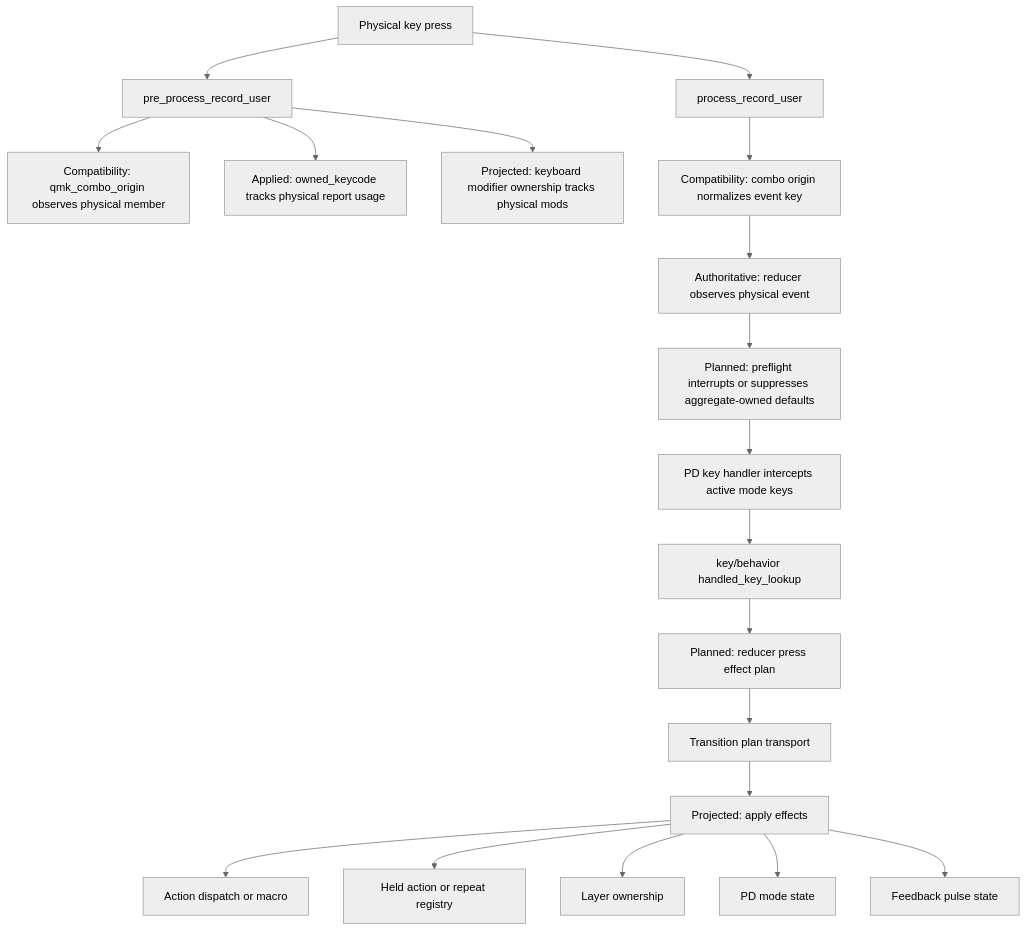
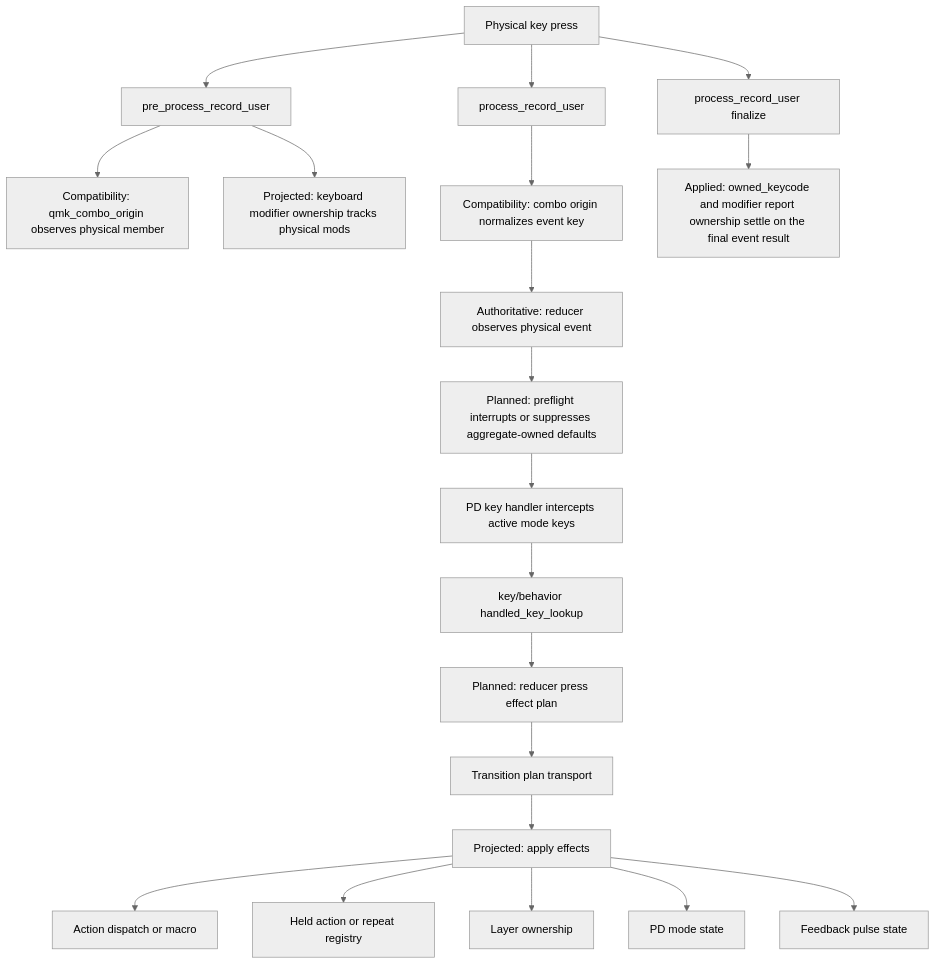
Before and after one commit to NoahCLR/charybdis-4x6: the second of 10 diagrams in docs/architecture/runtime-flow.md, drawn with Mermaid (neutral theme). The commit also changed other lines of this file and 38 other files, not shown here.

First line of the commit message:
Settle report ownership and publish split state coherently

````diff
--- a/docs/architecture/runtime-flow.md
+++ b/docs/architecture/runtime-flow.md
@@ -34,21 +34,22 @@
 ```mermaid
 flowchart TD
     physical["Physical key press"] --> pre_user["pre_process_record_user"]
     pre_user --> origin["Compatibility: qmk_combo_origin observes physical member"]
-    pre_user --> key_track["Applied: owned_keycode tracks physical report usage"]
     pre_user --> mod_track["Projected: keyboard modifier ownership tracks physical mods"]
     physical --> process_user["process_record_user"]
     process_user --> normalize["Compatibility: combo origin normalizes event key"]
     normalize --> observe["Authoritative: reducer observes physical event"]
     observe --> preflight["Planned: preflight interrupts or suppresses aggregate-owned defaults"]
     preflight --> pd_handler["PD key handler intercepts active mode keys"]
     pd_handler --> lookup["key/behavior handled_key_lookup"]
     lookup --> press_plan["Planned: reducer press effect plan"]
     press_plan --> transition["Transition plan transport"]
     transition --> projection["Projected: apply effects"]
     projection --> action["Action dispatch or macro"]
     projection --> held["Held action or repeat registry"]
     projection --> layer["Layer ownership"]
     projection --> pd["PD mode state"]
     projection --> feedback["Feedback pulse state"]
+    physical --> finalize["process_record_user finalize"]
+    finalize --> report_track["Applied: owned_keycode and modifier report ownership settle on the final event result"]
 ```
````
